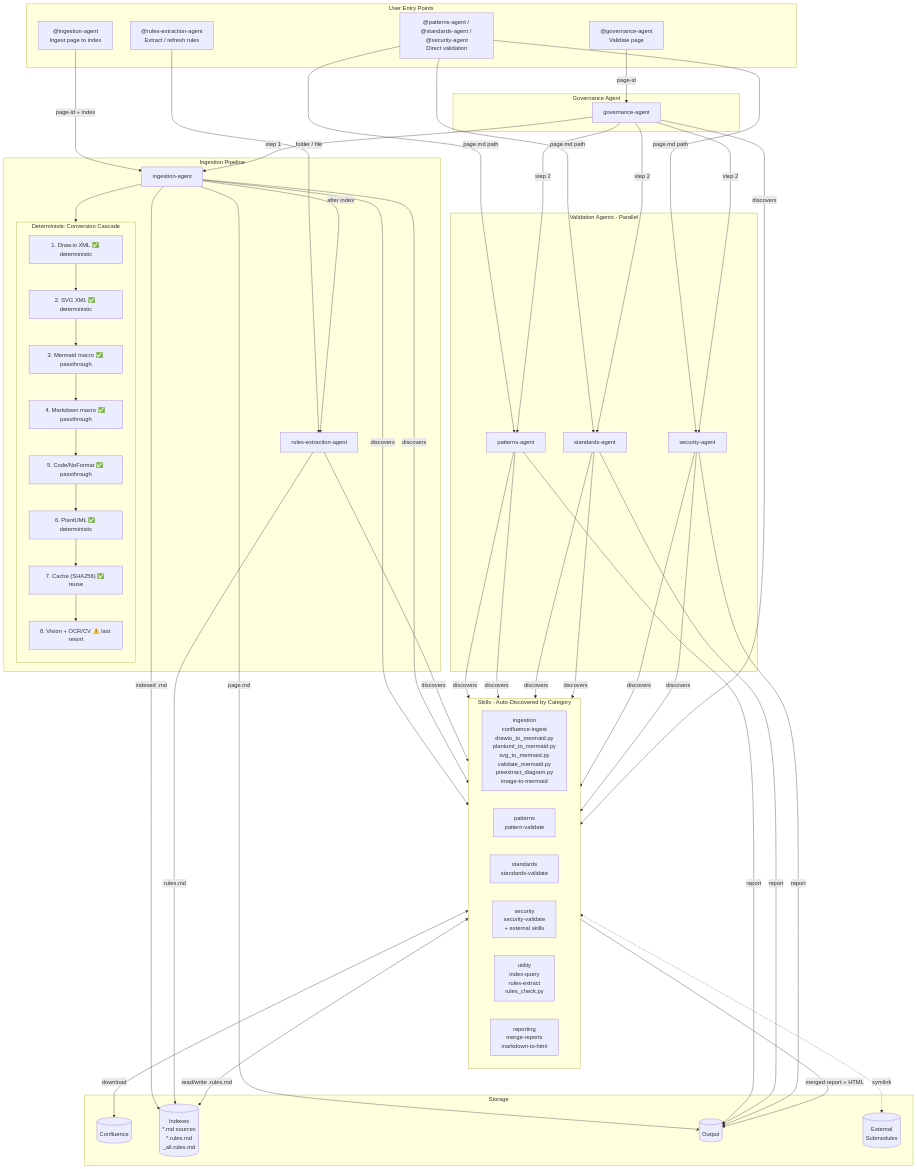
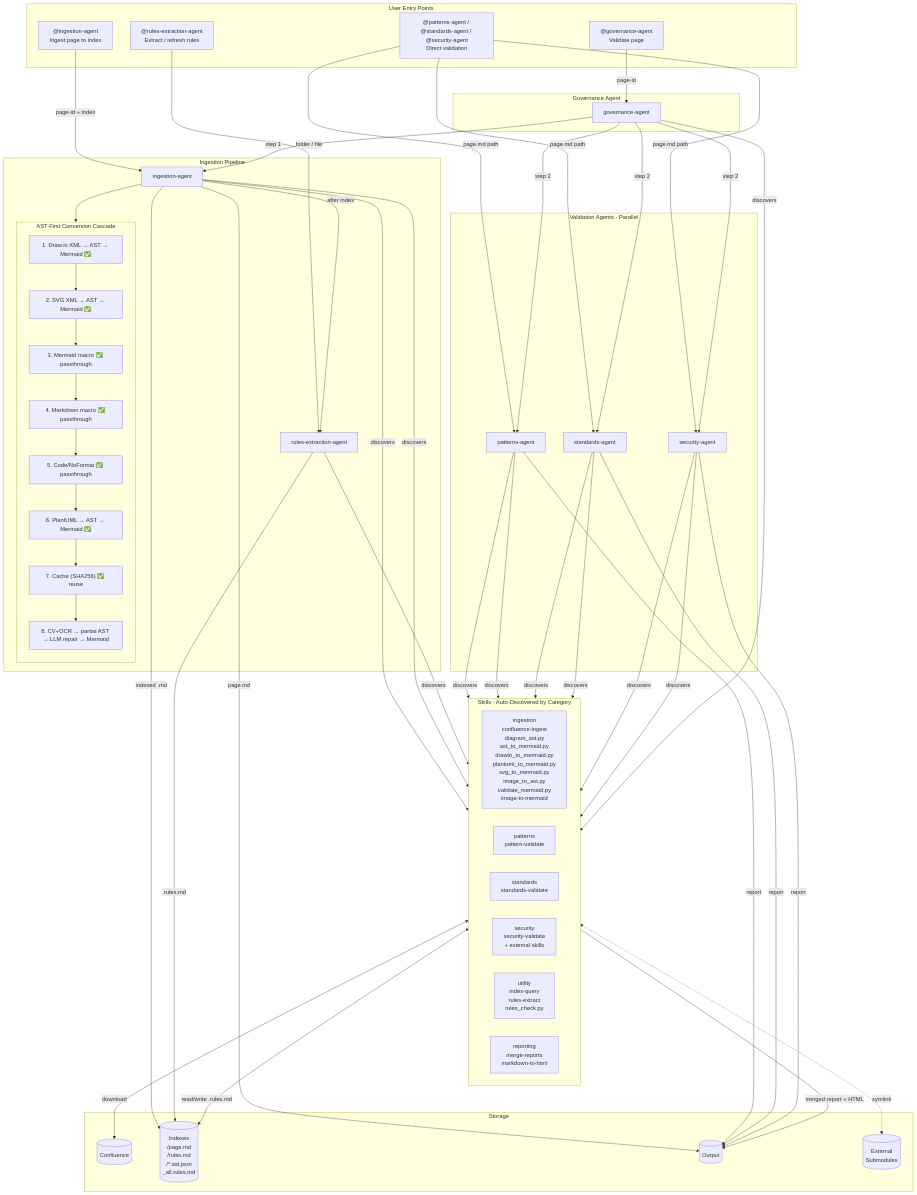
Before and after one commit to byrash/architecture-governance: the first of 4 diagrams in README.md, drawn with Mermaid. The commit also changed other lines of this file and 23 other files, not shown here.

```diff
--- a/README.md
+++ b/README.md
@@ -74,16 +75,16 @@
     subgraph Ingestion[Ingestion Pipeline]
         IA[ingestion-agent]
         REA[rules-extraction-agent]
-        subgraph Cascade[Deterministic Conversion Cascade]
+        subgraph Cascade[AST-First Conversion Cascade]
             direction TB
-            T1["1. Draw.io XML ✅ deterministic"]
-            T2["2. SVG XML ✅ deterministic"]
+            T1["1. Draw.io XML → AST → Mermaid ✅"]
+            T2["2. SVG XML → AST → Mermaid ✅"]
             T3["3. Mermaid macro ✅ passthrough"]
             T4["4. Markdown macro ✅ passthrough"]
             T5["5. Code/NoFormat ✅ passthrough"]
-            T6["6. PlantUML ✅ deterministic"]
+            T6["6. PlantUML → AST → Mermaid ✅"]
             T7["7. Cache (SHA256) ✅ reuse"]
-            T8["8. Vision + OCR/CV ⚠️ last resort"]
+            T8["8. CV+OCR → partial AST → LLM repair → Mermaid"]
             T1 --> T2 --> T3 --> T4 --> T5 --> T6 --> T7 --> T8
         end
     end
@@ -96,7 +97,7 @@
 
     subgraph SkillsPool[Skills - Auto-Discovered by Category]
         direction LR
-        IngSkills["ingestion\nconfluence-ingest\n  drawio_to_mermaid.py\n  plantuml_to_mermaid.py\n  svg_to_mermaid.py\n  validate_mermaid.py\n  preextract_diagram.py\nimage-to-mermaid"]
+        IngSkills["ingestion\nconfluence-ingest\n  diagram_ast.py\n  ast_to_mermaid.py\n  drawio_to_mermaid.py\n  plantuml_to_mermaid.py\n  svg_to_mermaid.py\n  image_to_ast.py\n  validate_mermaid.py\nimage-to-mermaid"]
         PatSkills["patterns\npattern-validate"]
         StdSkills["standards\nstandards-validate"]
         SecSkills["security\nsecurity-validate\n+ external skills"]
@@ -106,7 +107,7 @@
 
     subgraph Storage
         CONF[(Confluence)]
-        IDX[("Indexes\n*.md sources\n*.rules.md\n_all.rules.md")]
+        IDX[("Indexes\n<PAGE_ID>/page.md\n<PAGE_ID>/rules.md\n<PAGE_ID>/*.ast.json\n_all.rules.md")]
         OUT[(Output)]
         EXT[(External\nSubmodules)]
     end
```
